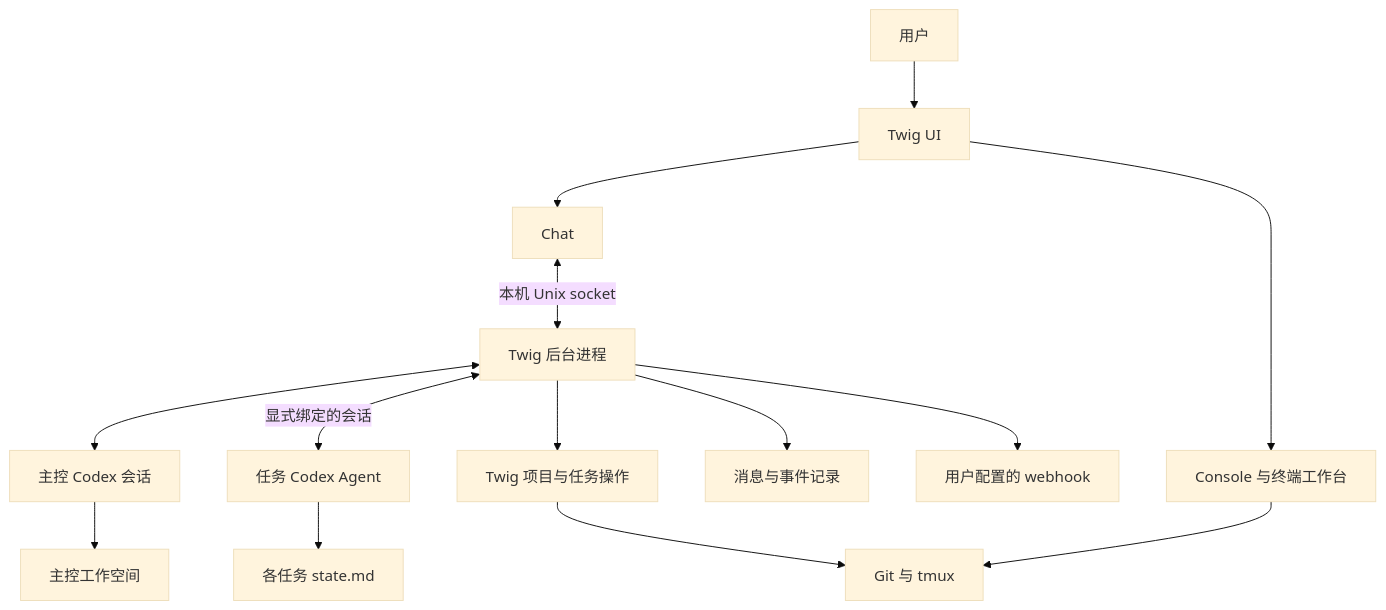
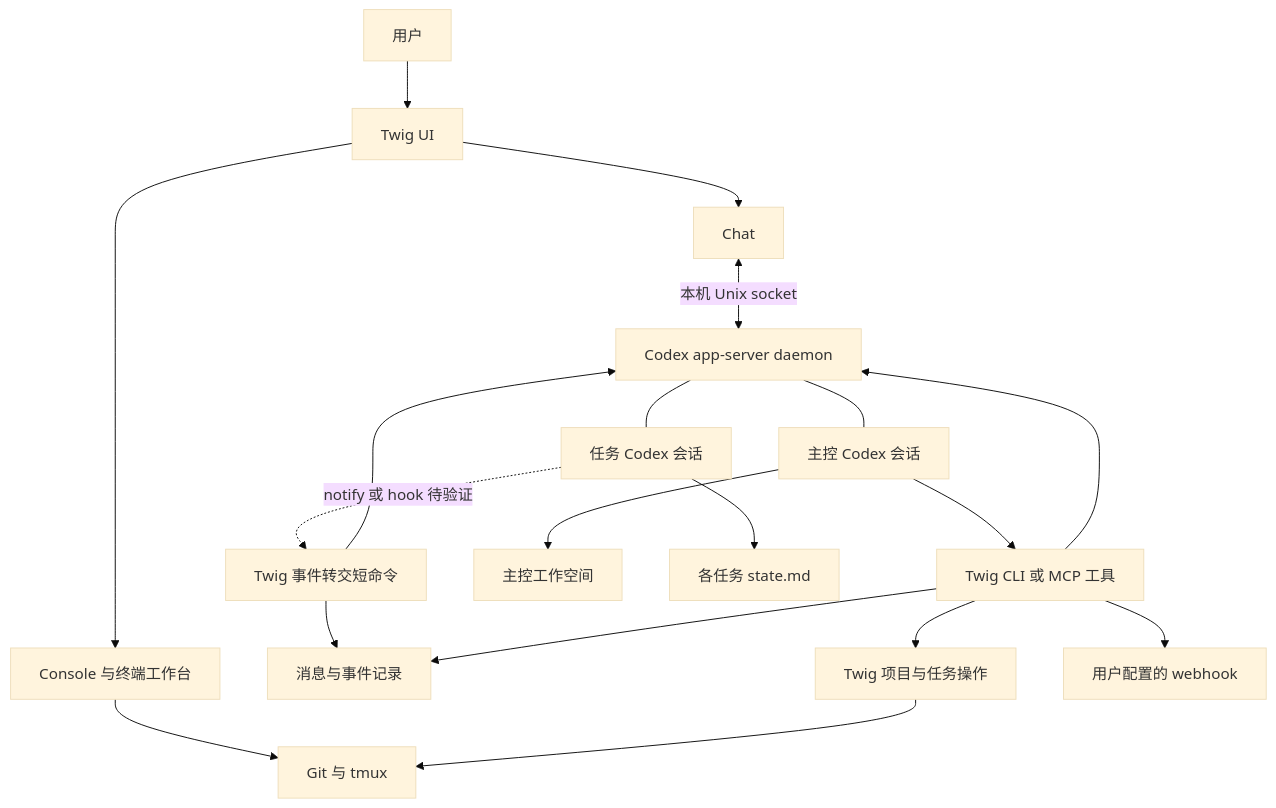
Before and after one commit to Adenialzz/twig: the diagram in RFC-agent-controller.md, drawn with Mermaid (base theme). The commit also changed other lines of this file, not shown here.

Commit message:
docs: 调整主控方案以复用 Codex 常驻服务

````diff
--- a/RFC-agent-controller.md
+++ b/RFC-agent-controller.md
@@ -71,16 +75,21 @@
 ```mermaid
 flowchart TD
     User[用户] --> UI[Twig UI]
     UI --> Chat[Chat]
     UI --> Console[Console 与终端工作台]
-    Chat <-->|本机 Unix socket| Backend[Twig 后台进程]
-    Backend <--> Controller[主控 Codex 会话]
-    Backend <-->|显式绑定的会话| Tasks[任务 Codex Agent]
-    Backend --> Lifecycle[Twig 项目与任务操作]
-    Backend --> Records[消息与事件记录]
+    Chat <-->|本机 Unix socket| Server[Codex app-server daemon]
+    Server --- Controller[主控 Codex 会话]
+    Server --- Tasks[任务 Codex 会话]
+    Tasks -.->|notify 或 hook 待验证| Relay[Twig 事件转交短命令]
+    Relay --> Server
+    Relay --> Records[消息与事件记录]
+    Controller --> Tools[Twig CLI 或 MCP 工具]
+    Tools --> Server
+    Tools --> Lifecycle[Twig 项目与任务操作]
+    Tools --> Records
     Controller --> Memory[主控工作空间]
     Tasks --> State[各任务 state.md]
-    Backend --> Webhook[用户配置的 webhook]
+    Tools --> Webhook[用户配置的 webhook]
     Console --> Resources[Git 与 tmux]
     Lifecycle --> Resources
 ```
````
